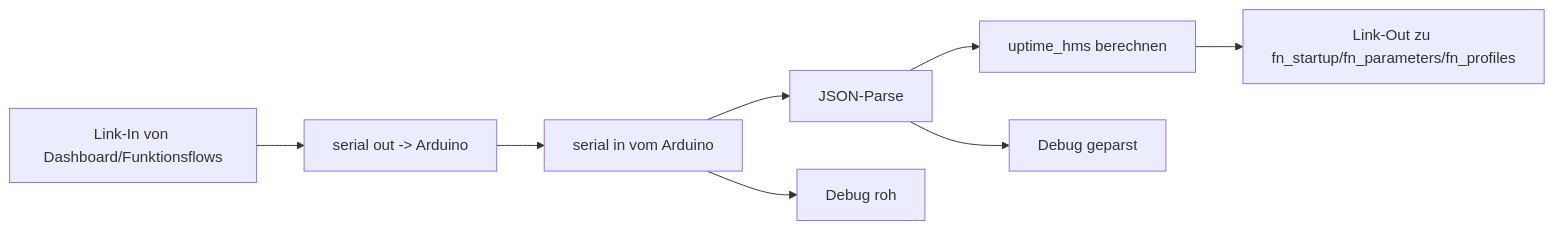
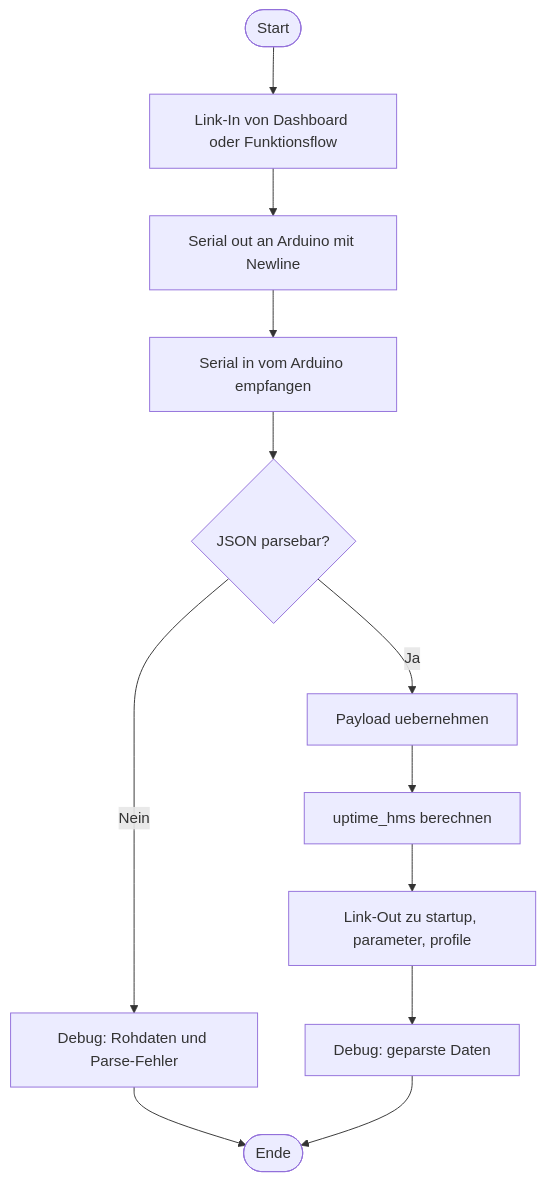
The sixth of 13 diagrams in nodered/flows/FLOW_ARCHITEKTUR_PLAN.md (HerrnDK/Projekt), drawn with Mermaid before and after one commit. The commit also changed other lines of this file, not shown here.

````diff
--- a/nodered/flows/FLOW_ARCHITEKTUR_PLAN.md
+++ b/nodered/flows/FLOW_ARCHITEKTUR_PLAN.md
@@ -158,10 +146,14 @@
 ```mermaid
-flowchart LR
-  A[Link-In von Dashboard/Funktionsflows] --> B[serial out -> Arduino]
-  B --> C[serial in vom Arduino]
-  C --> D[JSON-Parse]
-  D --> E[uptime_hms berechnen]
-  E --> F[Link-Out zu fn_startup/fn_parameters/fn_profiles]
-  C --> G[Debug roh]
-  D --> H[Debug geparst]
+flowchart TD
+  S([Start]) --> IN0["Link-In von Dashboard oder Funktionsflow"]
+  IN0 --> TX0["Serial out an Arduino mit Newline"]
+  TX0 --> RX0["Serial in vom Arduino empfangen"]
+  RX0 --> D0{"JSON parsebar?"}
+  D0 -- Nein --> DBG0["Debug: Rohdaten und Parse-Fehler"]
+  DBG0 --> E([Ende])
+  D0 -- Ja --> P0["Payload uebernehmen"]
+  P0 --> P1["uptime_hms berechnen"]
+  P1 --> OUT0["Link-Out zu startup, parameter, profile"]
+  OUT0 --> DBG1["Debug: geparste Daten"]
+  DBG1 --> E
 ```
````
